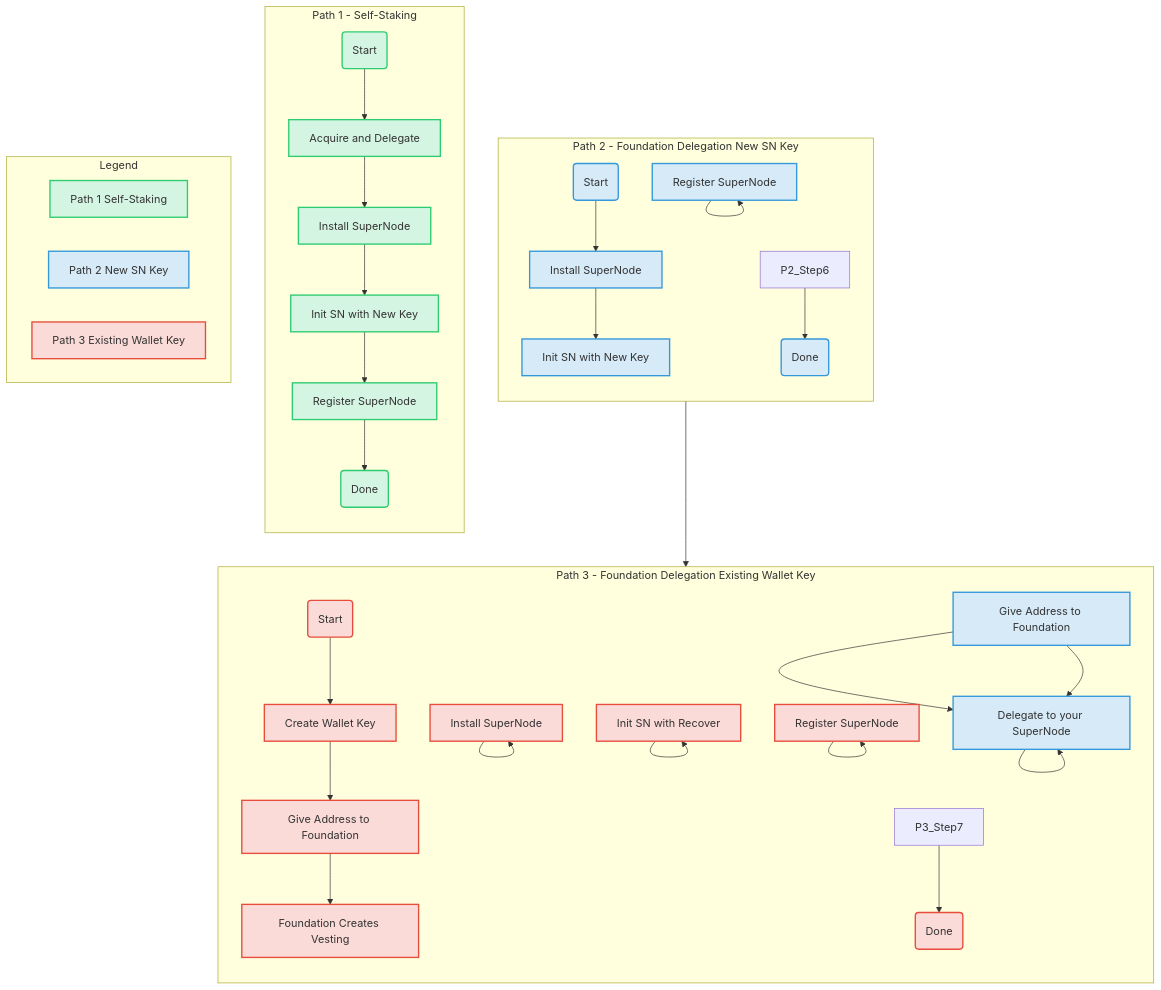
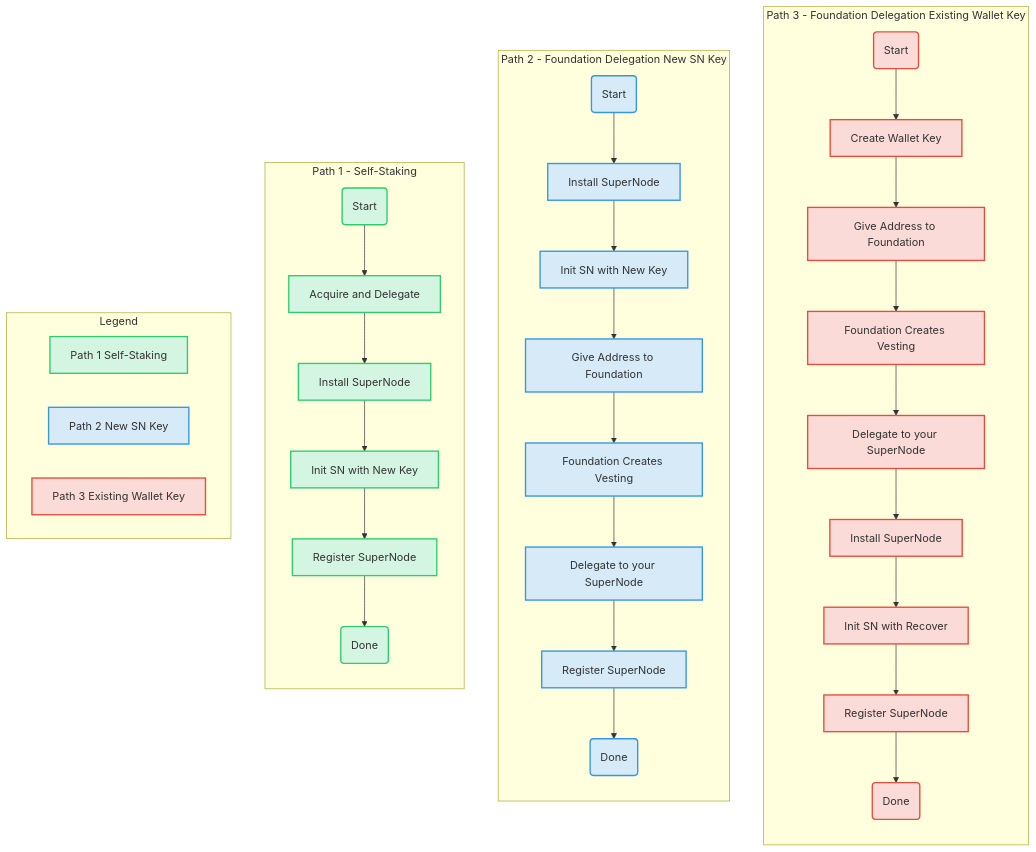
The diagram in docs/SUPERNODE_GUIDE.md (molla202/lumera-networks), drawn with Mermaid before and after one commit.

````diff
--- a/docs/SUPERNODE_GUIDE.md
+++ b/docs/SUPERNODE_GUIDE.md
@@ -15,49 +15,49 @@
 ```mermaid
 graph TD
     subgraph "Path 3 - Foundation Delegation Existing Wallet Key"
         direction TB
         P3_Start(Start) --> P3_Step1[Create Wallet Key];
         P3_Step1 --> P3_Step2[Give Address to Foundation];
         P3_Step2 --> P3_Step3[Foundation Creates Vesting];
-        P2_Step3 --> P2_Step4[Delegate to your SuperNode];
-        P3_Step4 --> P3_Step4[Install SuperNode];
-        P3_Step5 --> P3_Step5[Init SN with Recover];
-        P3_Step6 --> P3_Step6[Register SuperNode];
+        P3_Step3 --> P3_Step4[Delegate to your SuperNode];
+        P3_Step4 --> P3_Step5[Install SuperNode];
+        P3_Step5 --> P3_Step6[Init SN with Recover];
+        P3_Step6 --> P3_Step7[Register SuperNode];
         P3_Step7 --> P3_End(Done);
     end
 
     subgraph "Path 2 - Foundation Delegation New SN Key"
         direction TB
         P2_Start(Start) --> P2_Step1[Install SuperNode];
         P2_Step1 --> P2_Step2[Init SN with New Key];
         P2_Step2 --> P2_Step3[Give Address to Foundation];
         P2_Step3 --> P2_Step4[Foundation Creates Vesting];
-        P2_Step4 --> P2_Step4[Delegate to your SuperNode];
-        P2_Step5 --> P2_Step5[Register SuperNode];
+        P2_Step4 --> P2_Step5[Delegate to your SuperNode];
+        P2_Step5 --> P2_Step6[Register SuperNode];
         P2_Step6 --> P2_End(Done);
     end
 
     subgraph "Path 1 - Self-Staking"
         direction TB
         P1_Start(Start) --> P1_Step1[Acquire and Delegate];
         P1_Step1 --> P1_Step2[Install SuperNode];
         P1_Step2 --> P1_Step3[Init SN with New Key];
         P1_Step3 --> P1_Step4[Register SuperNode];
         P1_Step4 --> P1_End(Done);
     end
 
     subgraph Legend
         direction LR
         A1[Path 1 Self-Staking]:::path1Style
         A2[Path 2 New SN Key]:::path2Style
         A3[Path 3 Existing Wallet Key]:::path3Style
     end
 
     classDef path1Style fill:#D5F5E3,stroke:#2ECC71,stroke-width:2px;
     classDef path2Style fill:#D6EAF8,stroke:#3498DB,stroke-width:2px;
     classDef path3Style fill:#FADBD8,stroke:#E74C3C,stroke-width:2px;
 
     class P1_Start,P1_Step1,P1_Step2,P1_Step3,P1_Step4,P1_End path1Style;
-    class P2_Start,P2_Step1,P2_Step2,P2_Step3,P2_Step4,P2_Step5,P2_End path2Style;
-    class P3_Start,P3_Step1,P3_Step2,P3_Step3,P3_Step4,P3_Step5,P3_Step6,P3_End path3Style;
+    class P2_Start,P2_Step1,P2_Step2,P2_Step3,P2_Step4,P2_Step5,P2_Step6,P2_End path2Style;
+    class P3_Start,P3_Step1,P3_Step2,P3_Step3,P3_Step4,P3_Step5,P3_Step6,P3_Step7,P3_End path3Style;
 ```
````
